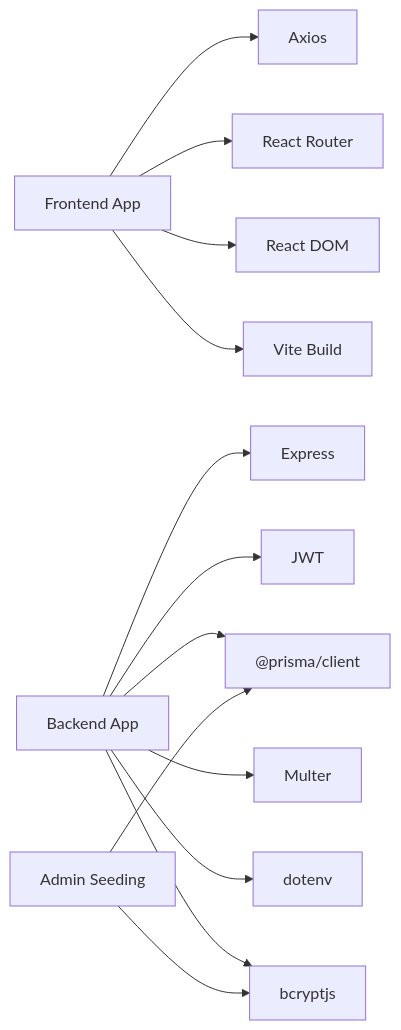
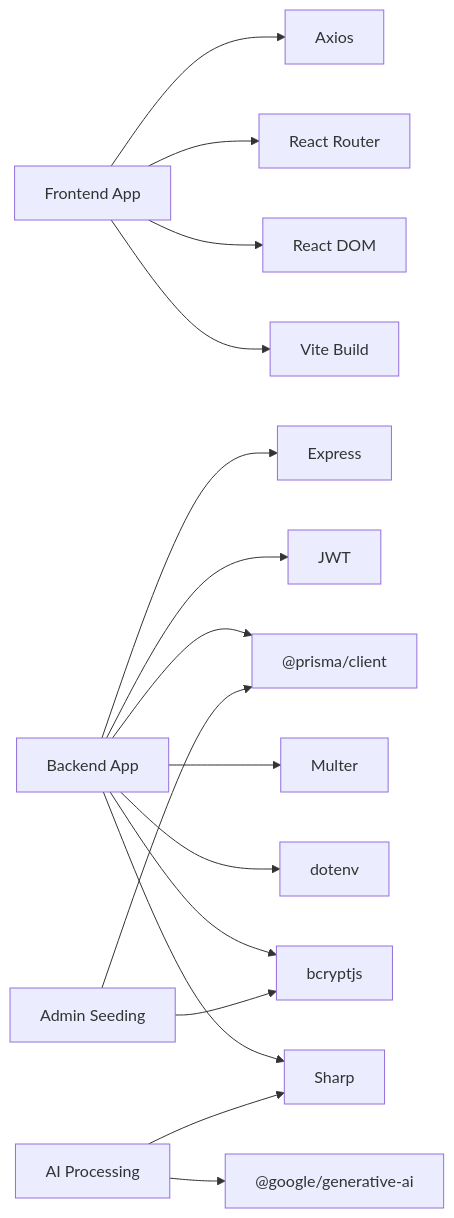
One commit to NaveenHiranya/Smart-Vehicle-Insurance-Claim-System changed the third of 3 diagrams in .qoder/repowiki/en/content/Deployment & DevOps.md. Above: the diagram before and after it, drawn with Mermaid. The commit also changed other lines of this file and 12 other files, not shown here.

````diff
--- a/.qoder/repowiki/en/content/Deployment & DevOps.md
+++ b/.qoder/repowiki/en/content/Deployment & DevOps.md
@@ -395,15 +502,18 @@
 ```mermaid
 graph LR
 FE["Frontend App"] --> AX["Axios"]
 FE --> RT["React Router"]
 FE --> RDOM["React DOM"]
 FE --> VITE["Vite Build"]
 BE["Backend App"] --> EXP["Express"]
 BE --> JWT["JWT"]
 BE --> PRISMA["@prisma/client"]
 BE --> MUL["Multer"]
 BE --> ENV["dotenv"]
 BE --> BCRYPT["bcryptjs"]
+BE --> SHARP["Sharp"]
 SEED["Admin Seeding"] --> PRISMA
 SEED --> BCRYPT
+AI["AI Processing"] --> SHARP
+AI --> GEMINI["@google/generative-ai"]
 ```
````
